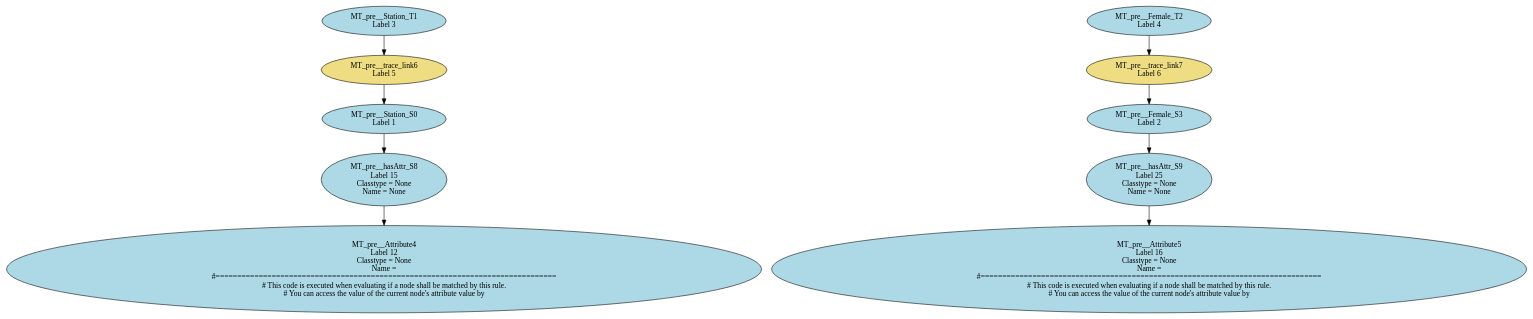
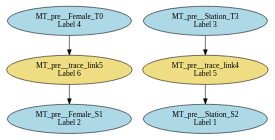
One commit to levilucio/SyVOLT changed the diagram in dot/ruleCombinator_match_HSF2SF_combine_0LHS.dot. Above: the diagram before and after it, drawn with Graphviz. The commit also changed 30 other files, not shown here.

```diff
--- a/dot/ruleCombinator_match_HSF2SF_combine_0LHS.dot
+++ b/dot/ruleCombinator_match_HSF2SF_combine_0LHS.dot
@@ -1,32 +1,12 @@
 digraph ruleCombinator_match_HSF2SF_combine_0LHS {
-"MT_pre__Station_S0\n Label 1" [style=filled, fillcolor=lightblue];
-"MT_pre__Station_T1\n Label 3" [style=filled, fillcolor=lightblue];
-"MT_pre__Female_T2\n Label 4" [style=filled, fillcolor=lightblue];
-"MT_pre__Female_S3\n Label 2" [style=filled, fillcolor=lightblue];
-"MT_pre__Attribute4\n Label 12\n Classtype = None\n Name = 
-#===============================================================================
-# This code is executed when evaluating if a node shall be matched by this rule.
-# You can access the value of the current node's attribute value by" [style=filled, fillcolor=lightblue];
-"MT_pre__Attribute5\n Label 16\n Classtype = None\n Name = 
-#===============================================================================
-# This code is executed when evaluating if a node shall be matched by this rule.
-# You can access the value of the current node's attribute value by" [style=filled, fillcolor=lightblue];
-"MT_pre__trace_link6\n Label 5" [style=filled, fillcolor=lightgoldenrod];
-"MT_pre__trace_link7\n Label 6" [style=filled, fillcolor=lightgoldenrod];
-"MT_pre__hasAttr_S8\n Label 15\n Classtype = None\n Name = None" [style=filled, fillcolor=lightblue];
-"MT_pre__hasAttr_S9\n Label 25\n Classtype = None\n Name = None" [style=filled, fillcolor=lightblue];
-"MT_pre__hasAttr_S8\n Label 15\n Classtype = None\n Name = None" -> "MT_pre__Attribute4\n Label 12\n Classtype = None\n Name = 
-#===============================================================================
-# This code is executed when evaluating if a node shall be matched by this rule.
-# You can access the value of the current node's attribute value by";
-"MT_pre__hasAttr_S9\n Label 25\n Classtype = None\n Name = None" -> "MT_pre__Attribute5\n Label 16\n Classtype = None\n Name = 
-#===============================================================================
-# This code is executed when evaluating if a node shall be matched by this rule.
-# You can access the value of the current node's attribute value by";
-"MT_pre__trace_link6\n Label 5" -> "MT_pre__Station_S0\n Label 1";
-"MT_pre__Station_S0\n Label 1" -> "MT_pre__hasAttr_S8\n Label 15\n Classtype = None\n Name = None";
-"MT_pre__Station_T1\n Label 3" -> "MT_pre__trace_link6\n Label 5";
-"MT_pre__Female_T2\n Label 4" -> "MT_pre__trace_link7\n Label 6";
-"MT_pre__trace_link7\n Label 6" -> "MT_pre__Female_S3\n Label 2";
-"MT_pre__Female_S3\n Label 2" -> "MT_pre__hasAttr_S9\n Label 25\n Classtype = None\n Name = None";
+"MT_pre__Female_T0\n Label 4" [style=filled, fillcolor=lightblue];
+"MT_pre__Female_S1\n Label 2" [style=filled, fillcolor=lightblue];
+"MT_pre__Station_S2\n Label 1" [style=filled, fillcolor=lightblue];
+"MT_pre__Station_T3\n Label 3" [style=filled, fillcolor=lightblue];
+"MT_pre__trace_link4\n Label 5" [style=filled, fillcolor=lightgoldenrod];
+"MT_pre__trace_link5\n Label 6" [style=filled, fillcolor=lightgoldenrod];
+"MT_pre__Female_T0\n Label 4" -> "MT_pre__trace_link5\n Label 6";
+"MT_pre__Station_T3\n Label 3" -> "MT_pre__trace_link4\n Label 5";
+"MT_pre__trace_link4\n Label 5" -> "MT_pre__Station_S2\n Label 1";
+"MT_pre__trace_link5\n Label 6" -> "MT_pre__Female_S1\n Label 2";
 }
```
